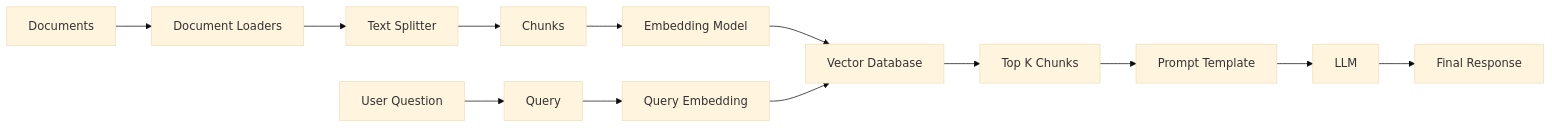
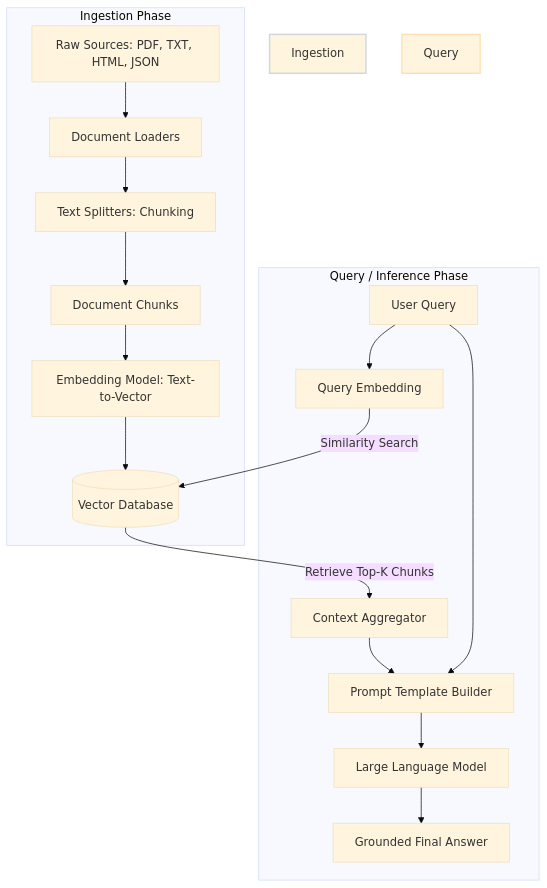
Before and after one commit to udityamerit/Complete-Generative-AI-With-Langchain-and-Huggingface: the first of 2 diagrams in 14 Important Components and Modules in Langchain/README.md, drawn with Mermaid (base theme). The commit also changed other lines of this file and 1 other file, not shown here.

````diff
--- a/14 Important Components and Modules in Langchain/README.md
+++ b/14 Important Components and Modules in Langchain/README.md
@@ -82,17 +56,23 @@
 ```mermaid
-flowchart LR
-    A[Documents] --> B[Document Loaders]
-    B --> C[Text Splitter]
-    C --> D[Chunks]
-    D --> E[Embedding Model]
-    E --> F[Vector Database]
+flowchart TD
+    subgraph Ingestion Phase
+        A[Raw Sources: PDF, TXT, HTML, JSON] --> B[Document Loaders]
+        B --> C[Text Splitters: Chunking]
+        C --> D[Document Chunks]
+        D --> E[Embedding Model: Text-to-Vector]
+        E --> F[(Vector Database)]
+    end
 
-    U[User Question] --> G[Query]
-    G --> H[Query Embedding]
-    H --> F
+    subgraph Query / Inference Phase
+        Q[User Query] --> H[Query Embedding]
+        H -->|Similarity Search| F
+        F -->|Retrieve Top-K Chunks| I[Context Aggregator]
+        I --> J[Prompt Template Builder]
+        Q --> J
+        J --> K[Large Language Model]
+        K --> L[Grounded Final Answer]
+    end
 
-    F --> I[Top K Chunks]
-    I --> J[Prompt Template]
-    J --> K[LLM]
-    K --> L[Final Response]
+    style Ingestion Phase fill:#f5f7ff,stroke:#d0d7de,stroke-width:2px
+    style Query / Inference Phase fill:#fffbf5,stroke:#ffe0b2,stroke-width:2px
 ```
````
